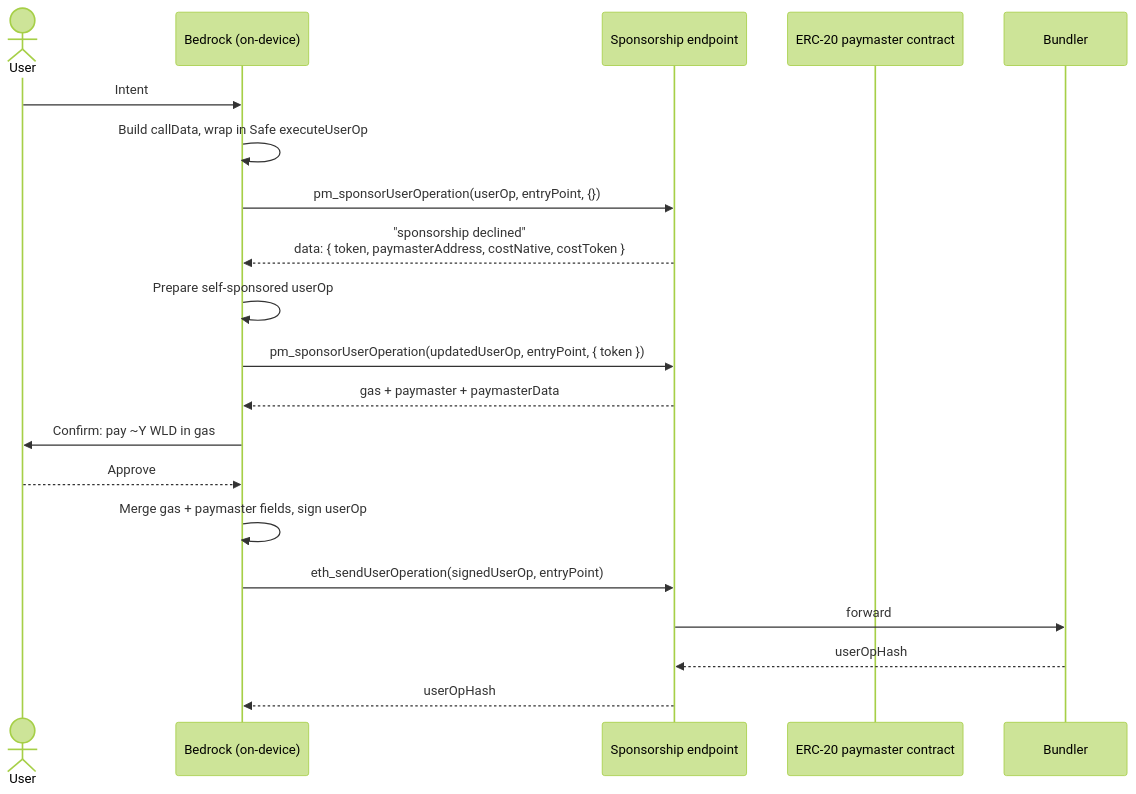
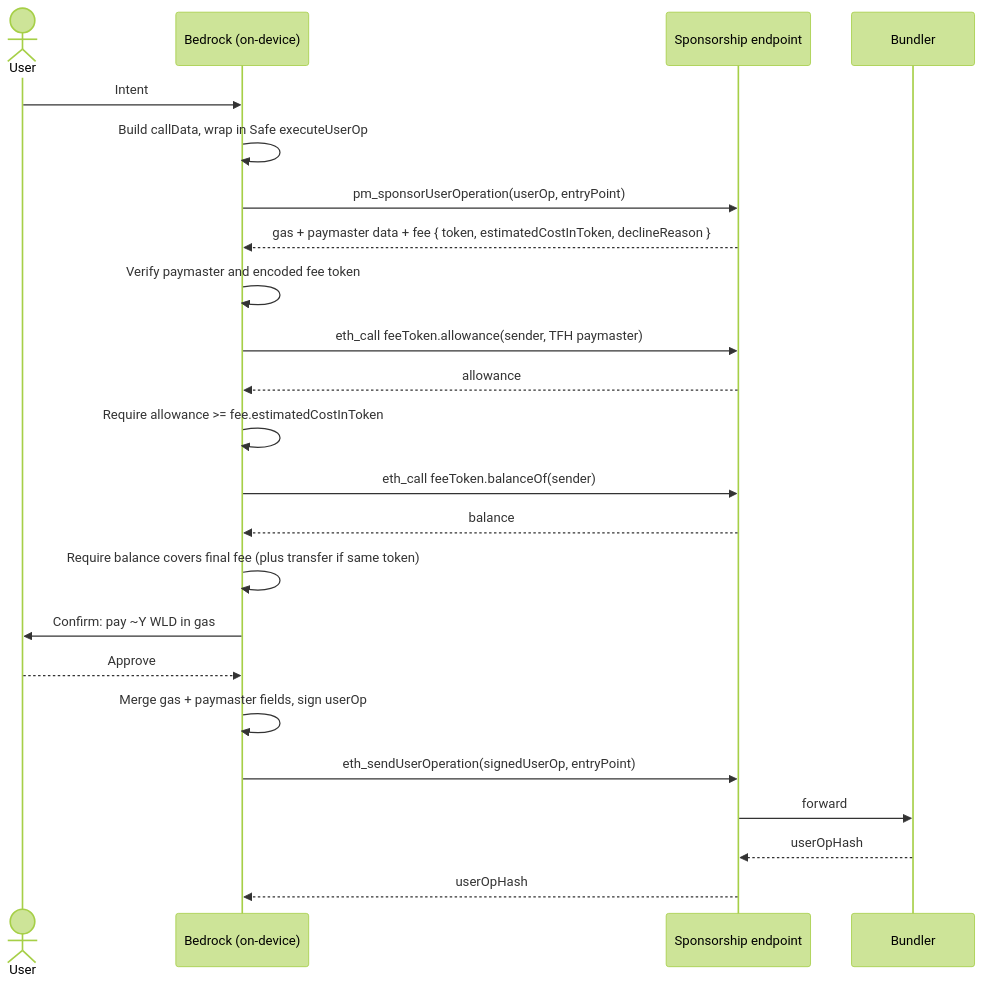
The second of 2 diagrams in bedrock/src/transactions/transaction.md (worldcoin/bedrock), drawn with Mermaid (forest theme) before and after one commit. The commit also changed other lines of this file and 8 other files, not shown here.

First line of the commit message:
feat(transactions): support ERC-20 self-sponsorship (#458)

````diff
--- a/bedrock/src/transactions/transaction.md
+++ b/bedrock/src/transactions/transaction.md
@@ -103,28 +102,29 @@
 ```mermaid
 sequenceDiagram
     actor User
     participant Bedrock as Bedrock (on-device)
     participant Endpoint as Sponsorship endpoint
-    participant Paymaster as ERC-20 paymaster contract
     participant Bundler
 
     User->>Bedrock: Intent
     Bedrock->>Bedrock: Build callData, wrap in Safe executeUserOp
 
-    Bedrock->>Endpoint: pm_sponsorUserOperation(userOp, entryPoint, {})
-    Endpoint-->>Bedrock: "sponsorship declined"<br/>data: { token, paymasterAddress, costNative, costToken }
-
-    Bedrock->>Bedrock: Prepare self-sponsored userOp
-
-    Bedrock->>Endpoint: pm_sponsorUserOperation(updatedUserOp, entryPoint, { token })
-    Endpoint-->>Bedrock: gas + paymaster + paymasterData
+    Bedrock->>Endpoint: pm_sponsorUserOperation(userOp, entryPoint)
+    Endpoint-->>Bedrock: gas + paymaster data + fee { token, estimatedCostInToken, declineReason }
+    Bedrock->>Bedrock: Verify paymaster and encoded fee token
+    Bedrock->>Endpoint: eth_call feeToken.allowance(sender, TFH paymaster)
+    Endpoint-->>Bedrock: allowance
+    Bedrock->>Bedrock: Require allowance >= fee.estimatedCostInToken
+    Bedrock->>Endpoint: eth_call feeToken.balanceOf(sender)
+    Endpoint-->>Bedrock: balance
+    Bedrock->>Bedrock: Require balance covers final fee (plus transfer if same token)
 
     Bedrock->>User: Confirm: pay ~Y WLD in gas
     User-->>Bedrock: Approve
     Bedrock->>Bedrock: Merge gas + paymaster fields, sign userOp
 
     Bedrock->>Endpoint: eth_sendUserOperation(signedUserOp, entryPoint)
     Endpoint->>Bundler: forward
     Bundler-->>Endpoint: userOpHash
     Endpoint-->>Bedrock: userOpHash
 ```
````
